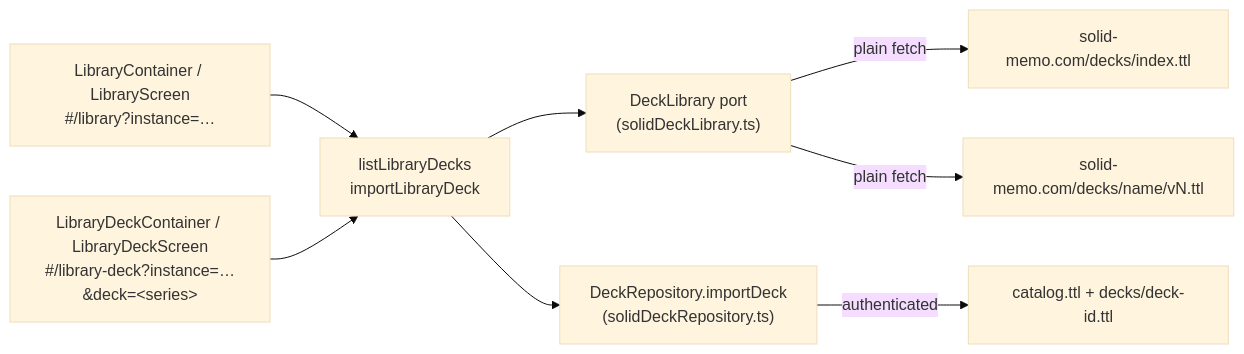
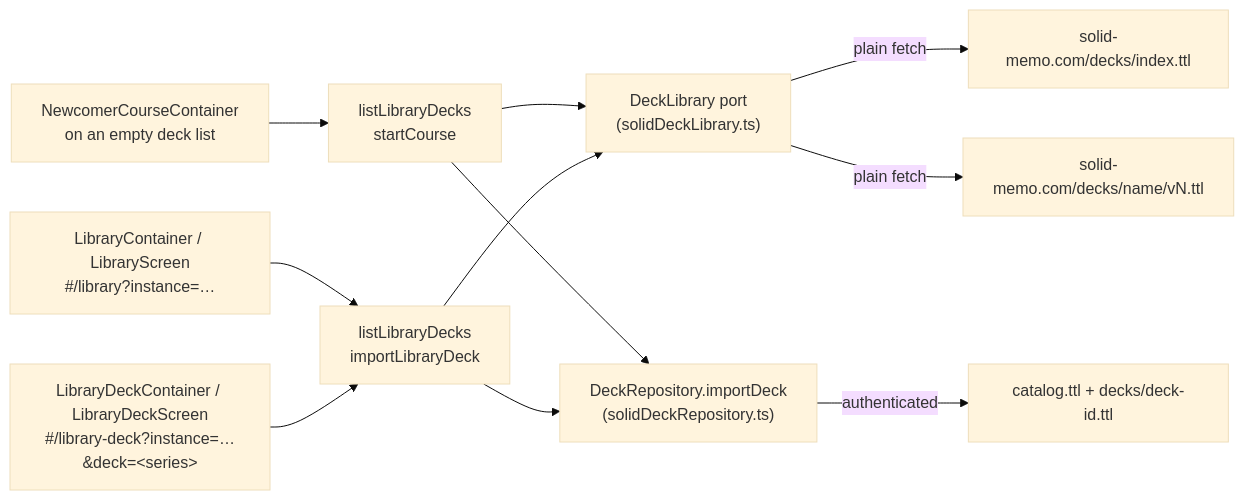
The second of 2 diagrams in docs/deck-library.md (solid-memo/website), drawn with Mermaid (base theme) before and after one commit. The commit also changed other lines of this file and 31 other files, not shown here.

First line of the commit message:
Offer the library's course for newcomers on an empty deck list

````diff
--- a/docs/deck-library.md
+++ b/docs/deck-library.md
@@ -331,10 +347,13 @@
 ```mermaid
 flowchart LR
     ui["LibraryContainer / LibraryScreen<br/>#/library?instance=…"] --> uc["listLibraryDecks<br/>importLibraryDeck"]
     page["LibraryDeckContainer / LibraryDeckScreen<br/>#/library-deck?instance=…&deck=&lt;series&gt;"] --> uc
+    offer["NewcomerCourseContainer<br/>on an empty deck list"] --> start["listLibraryDecks<br/>startCourse"]
+    start --> lib
+    start --> repo
     uc --> lib["DeckLibrary port<br/>(solidDeckLibrary.ts)"]
     uc --> repo["DeckRepository.importDeck<br/>(solidDeckRepository.ts)"]
     lib -->|plain fetch| idx["solid-memo.com/decks/index.ttl"]
     lib -->|plain fetch| doc["solid-memo.com/decks/name/vN.ttl"]
     repo -->|authenticated| pod["catalog.ttl + decks/deck-id.ttl"]
 ```
````
